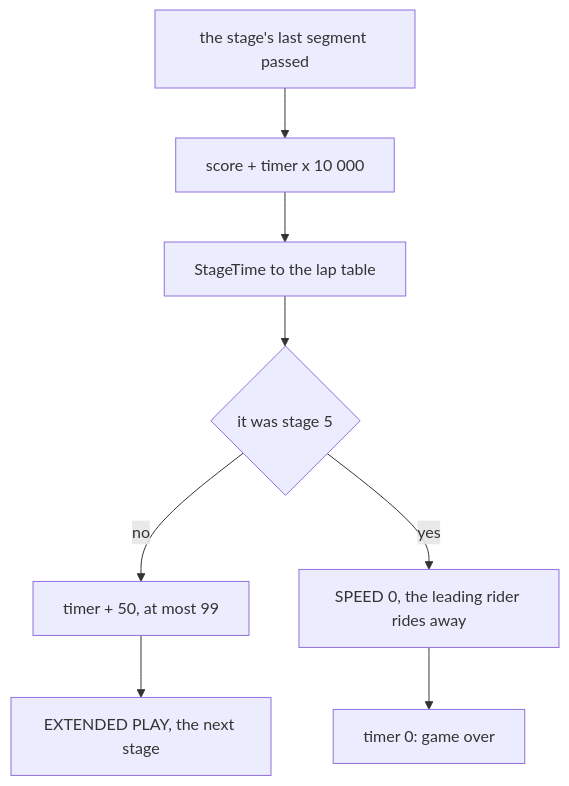
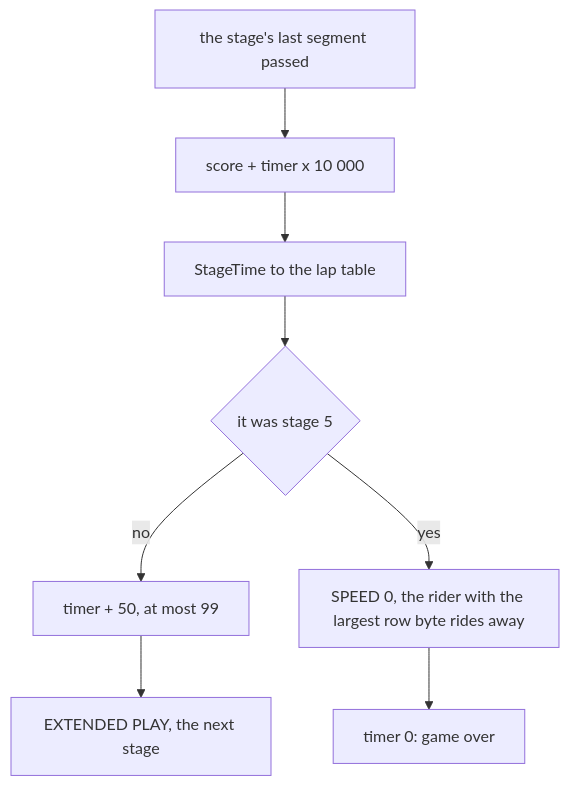
One commit to alfishe/unrealng-reverse-cases changed the fourth of 9 diagrams in games/enduro-racer/docs/01-game-design.md. Above: the diagram before and after it, drawn with Mermaid. The commit also changed other lines of this file and 29 other files, not shown here.

````diff
--- a/games/enduro-racer/docs/01-game-design.md
+++ b/games/enduro-racer/docs/01-game-design.md
@@ -315,10 +322,10 @@
 ```mermaid
 flowchart TD
     A["the stage's last segment passed"] --> B["score + timer x 10 000"]
     B --> C["StageTime to the lap table"]
     C --> D{"it was stage 5"}
     D -->|no| E["timer + 50, at most 99"]
     E --> F["EXTENDED PLAY, the next stage"]
-    D -->|yes| G["SPEED 0, the leading rider rides away"]
+    D -->|yes| G["SPEED 0, the rider with the largest row byte rides away"]
     G --> H["timer 0: game over"]
 ```
````
